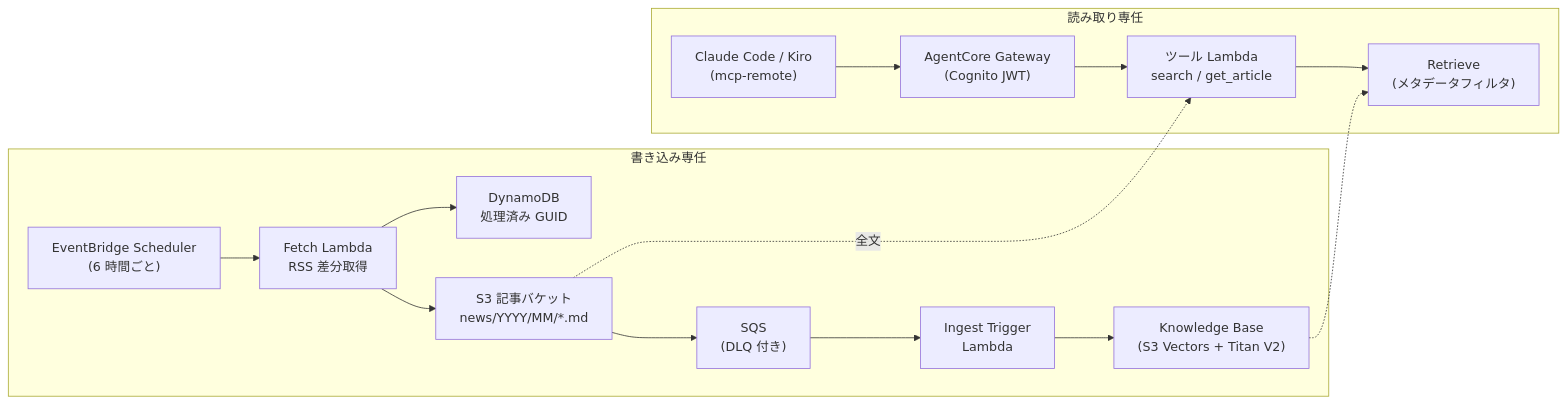
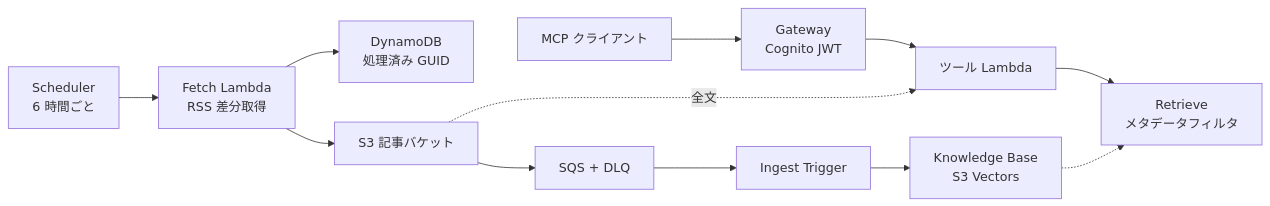
One commit to Relic-Kamakura/agent-platform changed the diagram in 2-advanced/16-news-kb-mcp/README.md. Above: the diagram before and after it, drawn with Mermaid. The commit also changed other lines of this file and 13 other files, not shown here.

````diff
--- a/2-advanced/16-news-kb-mcp/README.md
+++ b/2-advanced/16-news-kb-mcp/README.md
@@ -21,17 +19,8 @@
 ```mermaid
 graph LR
-    subgraph W["書き込み専任"]
-        SC["EventBridge Scheduler<br/>(6 時間ごと)"] --> FL["Fetch Lambda<br/>RSS 差分取得"]
-        FL --> DB["DynamoDB<br/>処理済み GUID"]
-        FL --> S3["S3 記事バケット<br/>news/YYYY/MM/*.md"]
-        S3 --> SQ["SQS<br/>(DLQ 付き)"] --> IT["Ingest Trigger<br/>Lambda"]
-        IT --> KB["Knowledge Base<br/>(S3 Vectors + Titan V2)"]
-    end
-    subgraph R["読み取り専任"]
-        CL["Claude Code / Kiro<br/>(mcp-remote)"] --> GW["AgentCore Gateway<br/>(Cognito JWT)"]
-        GW --> TL["ツール Lambda<br/>search / get_article"]
-        TL --> RT["Retrieve<br/>(メタデータフィルタ)"]
-    end
+    SC["Scheduler<br/>6 時間ごと"] --> FL["Fetch Lambda<br/>RSS 差分取得"] --> DB["DynamoDB<br/>処理済み GUID"]
+    FL --> S3["S3 記事バケット"] --> SQ["SQS + DLQ"] --> IT["Ingest Trigger"] --> KB["Knowledge Base<br/>S3 Vectors"]
+    CL["MCP クライアント"] --> GW["Gateway<br/>Cognito JWT"] --> TL["ツール Lambda"] --> RT["Retrieve<br/>メタデータフィルタ"]
     KB -.-> RT
     S3 -.->|全文| TL
 ```
````
